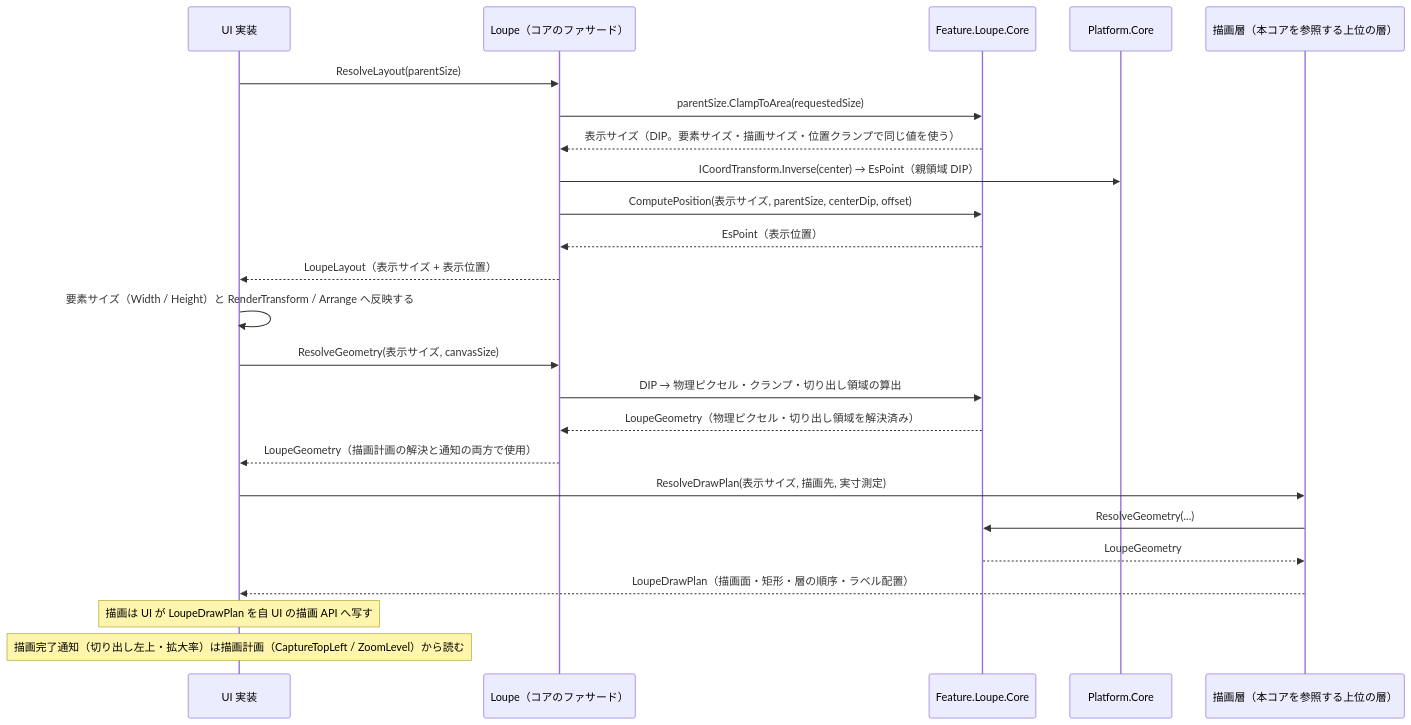
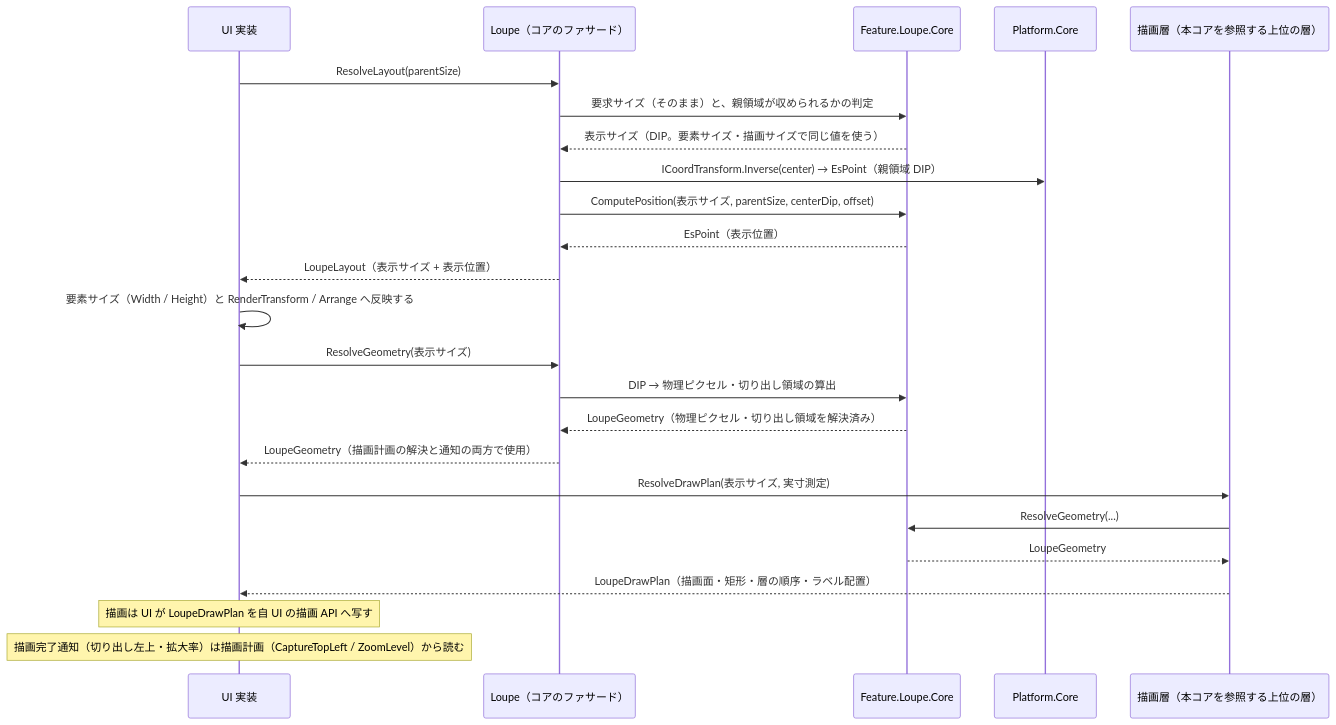
One commit to tomokuni/SaveEvidence changed the second of 2 diagrams in src/Feature.Loupe.Core/docs/SPEC_System.md. Above: the diagram before and after it, drawn with Mermaid. The commit also changed other lines of this file and 32 other files, not shown here.

````diff
--- a/src/Feature.Loupe.Core/docs/SPEC_System.md
+++ b/src/Feature.Loupe.Core/docs/SPEC_System.md
@@ -47,30 +47,30 @@
 ```mermaid
 sequenceDiagram
   participant UI as UI 実装
   participant Fac as Loupe（コアのファサード）
   participant Core as Feature.Loupe.Core
   participant PC as Platform.Core
   participant P as 描画層（本コアを参照する上位の層）
 
   UI->>Fac: ResolveLayout(parentSize)
-  Fac->>Core: parentSize.ClampToArea(requestedSize)
-  Core-->>Fac: 表示サイズ（DIP。要素サイズ・描画サイズ・位置クランプで同じ値を使う）
+  Fac->>Core: 要求サイズ（そのまま）と、親領域が収められるかの判定
+  Core-->>Fac: 表示サイズ（DIP。要素サイズ・描画サイズで同じ値を使う）
   Fac->>PC: ICoordTransform.Inverse(center) → EsPoint（親領域 DIP）
   Fac->>Core: ComputePosition(表示サイズ, parentSize, centerDip, offset)
   Core-->>Fac: EsPoint（表示位置）
   Fac-->>UI: LoupeLayout（表示サイズ + 表示位置）
   UI->>UI: 要素サイズ（Width / Height）と RenderTransform / Arrange へ反映する
 
-  UI->>Fac: ResolveGeometry(表示サイズ, canvasSize)
-  Fac->>Core: DIP → 物理ピクセル・クランプ・切り出し領域の算出
+  UI->>Fac: ResolveGeometry(表示サイズ)
+  Fac->>Core: DIP → 物理ピクセル・切り出し領域の算出
   Core-->>Fac: LoupeGeometry（物理ピクセル・切り出し領域を解決済み）
   Fac-->>UI: LoupeGeometry（描画計画の解決と通知の両方で使用）
 
-  UI->>P: ResolveDrawPlan(表示サイズ, 描画先, 実寸測定)
+  UI->>P: ResolveDrawPlan(表示サイズ, 実寸測定)
   P->>Core: ResolveGeometry(...)
   Core-->>P: LoupeGeometry
   P-->>UI: LoupeDrawPlan（描画面・矩形・層の順序・ラベル配置）
 
   Note over UI: 描画は UI が LoupeDrawPlan を自 UI の描画 API へ写す
   Note over UI: 描画完了通知（切り出し左上・拡大率）は描画計画（CaptureTopLeft / ZoomLevel）から読む
 ```
````
